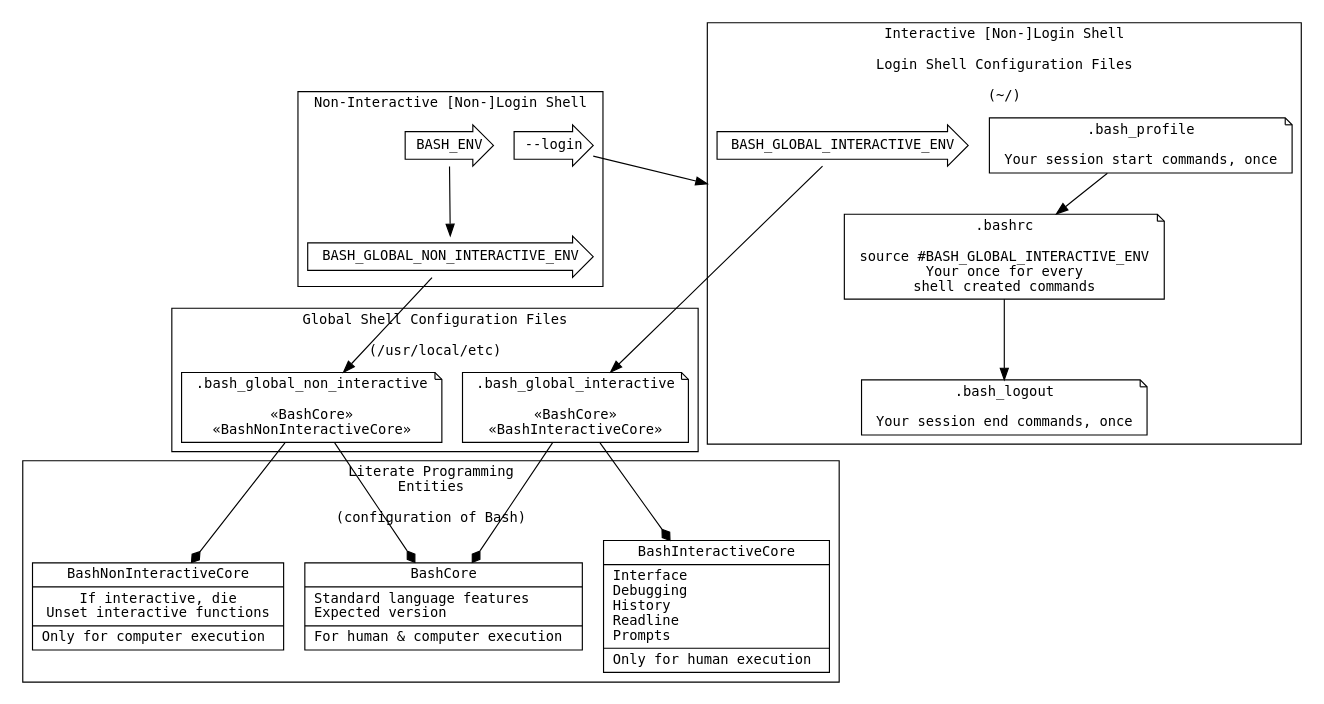
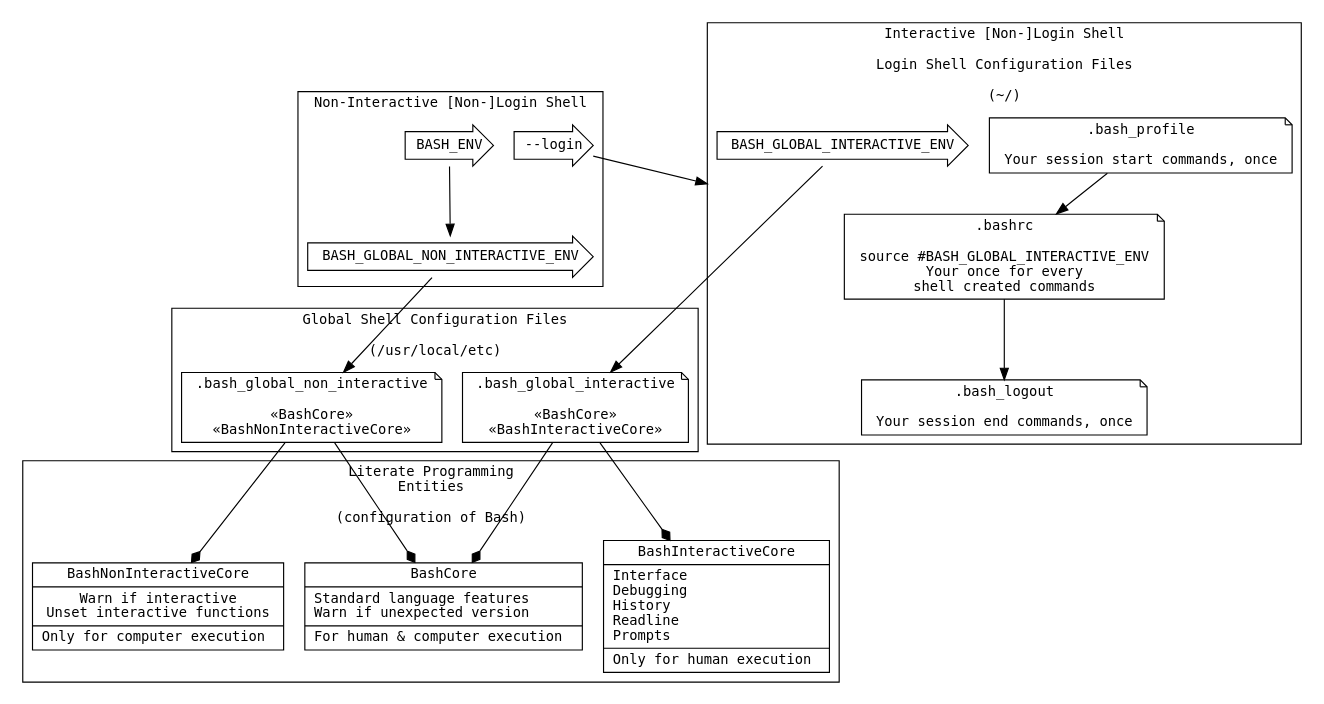
The diagram in bash.org (grettke/bash), drawn with Graphviz before and after one commit. The commit also changed 1 other file, not shown here.

```diff
--- a/bash.org
+++ b/bash.org
@@ -2487,41 +2487,41 @@
 #+BEGIN_SRC dot :file "./image/version04.png" :wrap "RESULTS"
 digraph version5 {
   fontname = "DejaVu Sans Mono";
   fontsize = 12;
   node [shape = "record" fontname = "DejaVu Sans Mono" fontsize = 12];
   compound = true;
   subgraph cluster_A {
     label = "Literate Programming\nEntities\n\n(configuration of Bash)";
-    BashCore[label = "{BashCore|Standard language features\lExpected version\l|For human & computer execution\l}"];
-    BashNonInteractiveCore[label = "{BashNonInteractiveCore|If interactive, die\nUnset interactive functions|Only for computer execution\l}"];
+    BashCore[label = "{BashCore|Standard language features\lWarn if unexpected version\l|For human & computer execution\l}"];
+    BashNonInteractiveCore[label = "{BashNonInteractiveCore|Warn if interactive\nUnset interactive functions|Only for computer execution\l}"];
     BashInteractiveCore[label = "{BashInteractiveCore|Interface\lDebugging\lHistory\lReadline\lPrompts\l|Only for human execution\l}"];
   }
   subgraph cluster_B {
     label = "Global Shell Configuration Files\n\n(/usr/local/etc)";
     BashGlobalNonInteractiveFile[shape = "note" label = ".bash_global_non_interactive\n\n«BashCore»\n«BashNonInteractiveCore»"];
     BashGlobalInteractiveFile[shape = "note" label = ".bash_global_interactive\n\n«BashCore»\n«BashInteractiveCore»"];
   }
   subgraph cluster_C {
     label = "Interactive [Non-]Login Shell\n\nLogin Shell Configuration Files\n\n(~/)";
     BashProfile[shape = "note" label = ".bash_profile\n\nYour session start commands, once"];
     BashRc[shape = "note" label = ".bashrc\n\nsource #BASH_GLOBAL_INTERACTIVE_ENV\nYour once for every\nshell created commands"];
     BashLogout[shape = "note" label = ".bash_logout\n\nYour session end commands, once"];
     BashGlobalInteractiveProp [shape = "rarrow" label = "BASH_GLOBAL_INTERACTIVE_ENV"];
   }
   subgraph cluster_D {
     label = "Non-Interactive [Non-]Login Shell";
     BashEnv [shape = "rarrow" label = "BASH_ENV"];
     BashGlobalNonInteractiveProp [shape = "rarrow" label = "BASH_GLOBAL_NON_INTERACTIVE_ENV"];
     BashNonInteractiveLoginInit [shape = "rarrow" label="--login"];
   }
   BashProfile -> BashRc;
   BashRc -> BashLogout;
   BashEnv -> BashGlobalNonInteractiveProp -> BashGlobalNonInteractiveFile;
   BashGlobalInteractiveProp -> BashGlobalInteractiveFile;
   BashNonInteractiveLoginInit -> BashRc [lhead=cluster_C];
   BashGlobalInteractiveFile -> BashCore [arrowhead=diamond];
   BashGlobalInteractiveFile -> BashInteractiveCore [arrowhead=diamond];
   BashGlobalNonInteractiveFile -> BashCore [arrowhead=diamond];
   BashGlobalNonInteractiveFile -> BashNonInteractiveCore [arrowhead=diamond];
 }
 #+END_SRC
```
